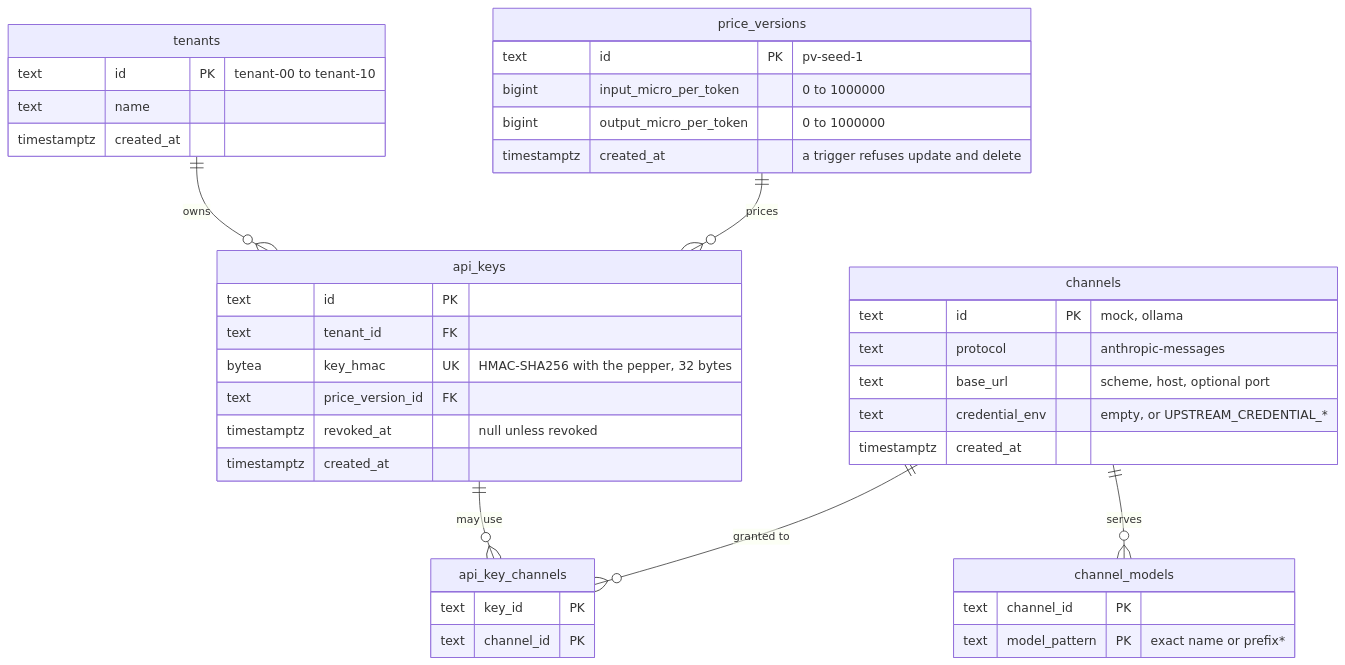
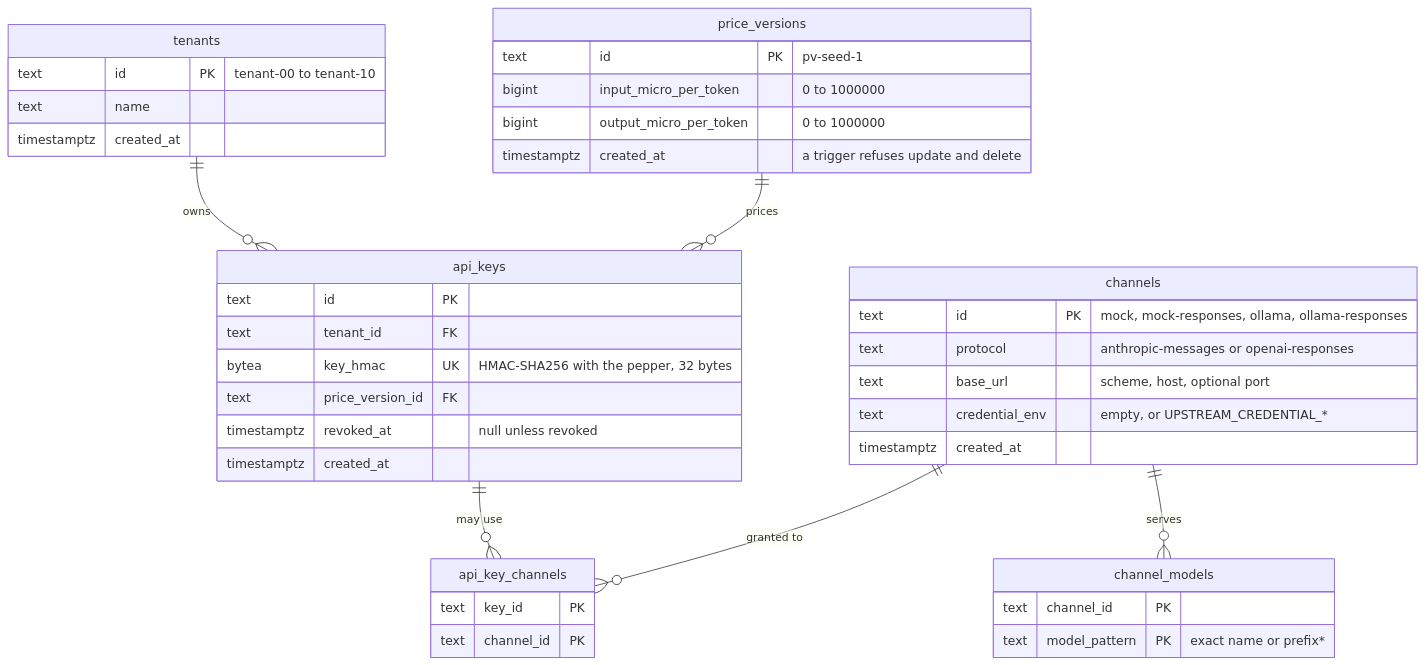
Before and after one commit to bibi45c/gateflow: the fifth of 8 diagrams in docs/diagrams/as-built.md, drawn with Mermaid. The commit also changed other lines of this file, not shown here.

````diff
--- a/docs/diagrams/as-built.md
+++ b/docs/diagrams/as-built.md
@@ -249,42 +290,42 @@
 ```mermaid
 erDiagram
   tenants ||--o{ api_keys : "owns"
   price_versions ||--o{ api_keys : "prices"
   api_keys ||--o{ api_key_channels : "may use"
   channels ||--o{ api_key_channels : "granted to"
   channels ||--o{ channel_models : "serves"
   tenants {
     text id PK "tenant-00 to tenant-10"
     text name
     timestamptz created_at
   }
   api_keys {
     text id PK
     text tenant_id FK
     bytea key_hmac UK "HMAC-SHA256 with the pepper, 32 bytes"
     text price_version_id FK
     timestamptz revoked_at "null unless revoked"
     timestamptz created_at
   }
   price_versions {
     text id PK "pv-seed-1"
     bigint input_micro_per_token "0 to 1000000"
     bigint output_micro_per_token "0 to 1000000"
     timestamptz created_at "a trigger refuses update and delete"
   }
   api_key_channels {
     text key_id PK
     text channel_id PK
   }
   channels {
-    text id PK "mock, ollama"
-    text protocol "anthropic-messages"
+    text id PK "mock, mock-responses, ollama, ollama-responses"
+    text protocol "anthropic-messages or openai-responses"
     text base_url "scheme, host, optional port"
     text credential_env "empty, or UPSTREAM_CREDENTIAL_*"
     timestamptz created_at
   }
   channel_models {
     text channel_id PK
     text model_pattern PK "exact name or prefix*"
   }
 ```
````
